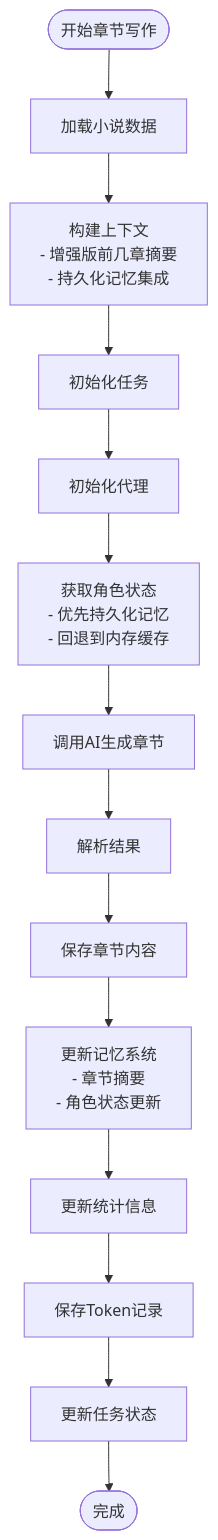
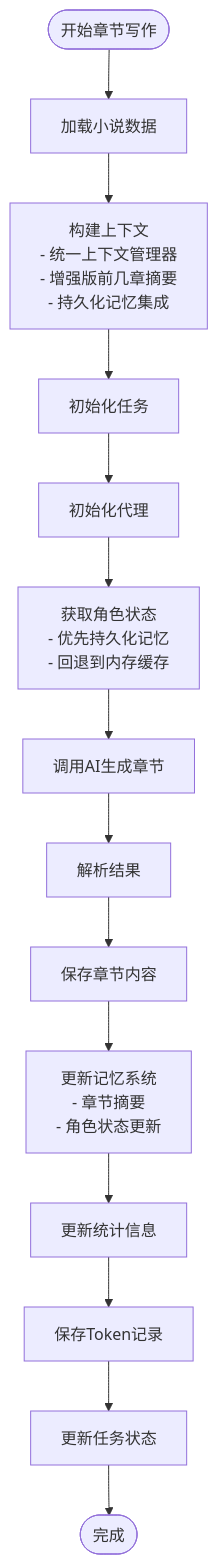
Before and after one commit to xfbyxq/ai-novel-system: the fifth of 14 diagrams in .qoder/repowiki/zh/content/Generation Service.md, drawn with Mermaid. The commit also changed other lines of this file and 2 other files, not shown here.

````diff
--- a/.qoder/repowiki/zh/content/Generation Service.md
+++ b/.qoder/repowiki/zh/content/Generation Service.md
@@ -284,16 +311,16 @@
 ```mermaid
 flowchart TD
 Start([开始章节写作]) --> LoadData["加载小说数据"]
-LoadData --> BuildContext["构建上下文<br/>- 增强版前几章摘要<br/>- 持久化记忆集成"]
+LoadData --> BuildContext["构建上下文<br/>- 统一上下文管理器<br/>- 增强版前几章摘要<br/>- 持久化记忆集成"]
 BuildContext --> InitTask["初始化任务"]
 InitTask --> InitAgent["初始化代理"]
 InitAgent --> GetStates["获取角色状态<br/>- 优先持久化记忆<br/>- 回退到内存缓存"]
 GetStates --> CallLLM["调用AI生成章节"]
 CallLLM --> ParseResult["解析结果"]
 ParseResult --> SaveChapter["保存章节内容"]
 SaveChapter --> UpdateMemory["更新记忆系统<br/>- 章节摘要<br/>- 角色状态更新"]
 UpdateMemory --> UpdateStats["更新统计信息"]
 UpdateStats --> SaveTokens["保存Token记录"]
 SaveTokens --> UpdateTask["更新任务状态"]
 UpdateTask --> End([完成])
 ```
````
